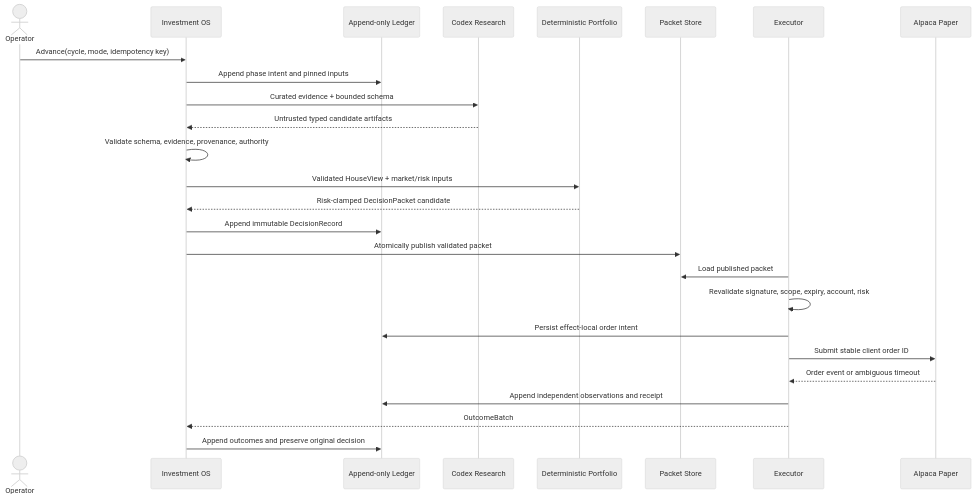
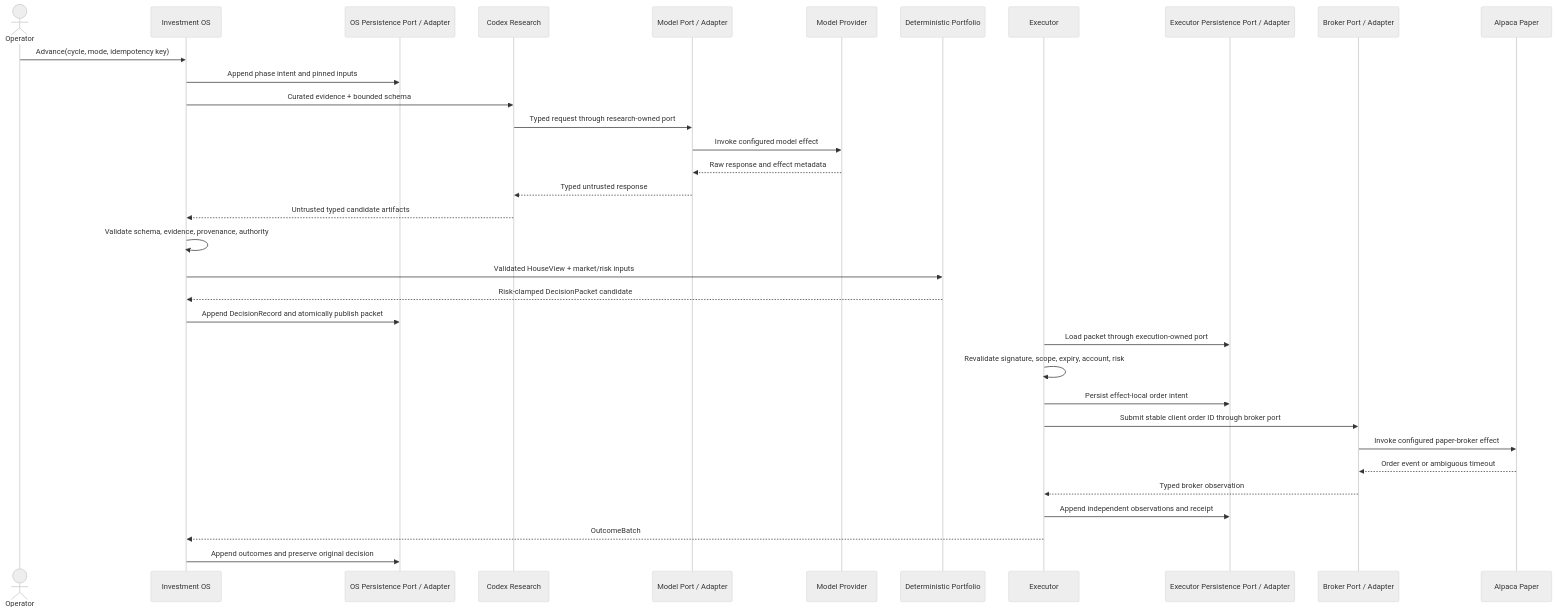
The third of 3 diagrams in docs/architecture.md (investlink-ai/agentic_investment_os), drawn with Mermaid (neutral theme) before and after one commit. The commit also changed other lines of this file and 5 other files, not shown here.

Commit message:
docs: make architecture guidance mechanically navigable

````diff
--- a/docs/architecture.md
+++ b/docs/architecture.md
@@ -527,29 +572,37 @@
 ```mermaid
 sequenceDiagram
     actor Operator
     participant OS as Investment OS
-    participant Ledger as Append-only Ledger
+    participant OSStore as OS Persistence Port / Adapter
     participant Research as Codex Research
+    participant ModelAdapter as Model Port / Adapter
+    participant Model as Model Provider
     participant Risk as Deterministic Portfolio
-    participant Packet as Packet Store
     participant Executor
+    participant ExecutorStore as Executor Persistence Port / Adapter
+    participant BrokerAdapter as Broker Port / Adapter
     participant Broker as Alpaca Paper
 
     Operator->>OS: Advance(cycle, mode, idempotency key)
-    OS->>Ledger: Append phase intent and pinned inputs
+    OS->>OSStore: Append phase intent and pinned inputs
     OS->>Research: Curated evidence + bounded schema
+    Research->>ModelAdapter: Typed request through research-owned port
+    ModelAdapter->>Model: Invoke configured model effect
+    Model-->>ModelAdapter: Raw response and effect metadata
+    ModelAdapter-->>Research: Typed untrusted response
     Research-->>OS: Untrusted typed candidate artifacts
     OS->>OS: Validate schema, evidence, provenance, authority
     OS->>Risk: Validated HouseView + market/risk inputs
     Risk-->>OS: Risk-clamped DecisionPacket candidate
-    OS->>Ledger: Append immutable DecisionRecord
-    OS->>Packet: Atomically publish validated packet
-    Executor->>Packet: Load published packet
+    OS->>OSStore: Append DecisionRecord and atomically publish packet
+    Executor->>ExecutorStore: Load packet through execution-owned port
     Executor->>Executor: Revalidate signature, scope, expiry, account, risk
-    Executor->>Ledger: Persist effect-local order intent
-    Executor->>Broker: Submit stable client order ID
-    Broker-->>Executor: Order event or ambiguous timeout
-    Executor->>Ledger: Append independent observations and receipt
+    Executor->>ExecutorStore: Persist effect-local order intent
+    Executor->>BrokerAdapter: Submit stable client order ID through broker port
+    BrokerAdapter->>Broker: Invoke configured paper-broker effect
+    Broker-->>BrokerAdapter: Order event or ambiguous timeout
+    BrokerAdapter-->>Executor: Typed broker observation
+    Executor->>ExecutorStore: Append independent observations and receipt
     Executor-->>OS: OutcomeBatch
-    OS->>Ledger: Append outcomes and preserve original decision
+    OS->>OSStore: Append outcomes and preserve original decision
 ```
````
